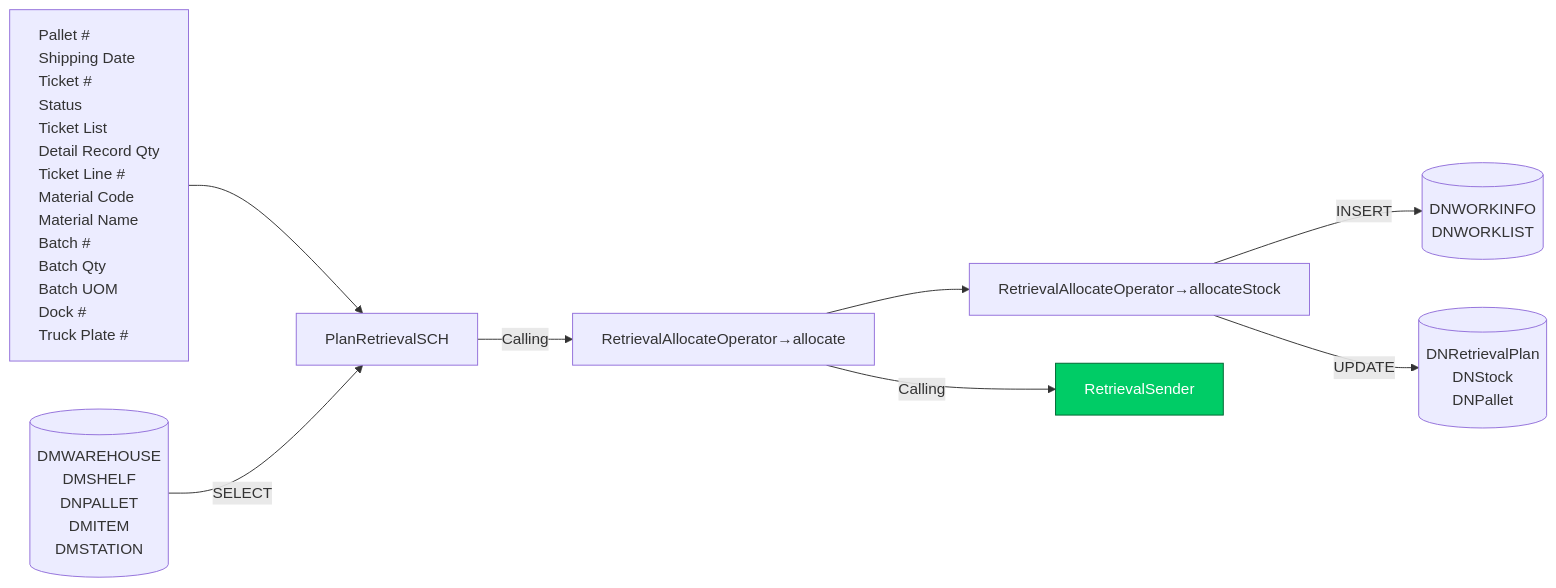
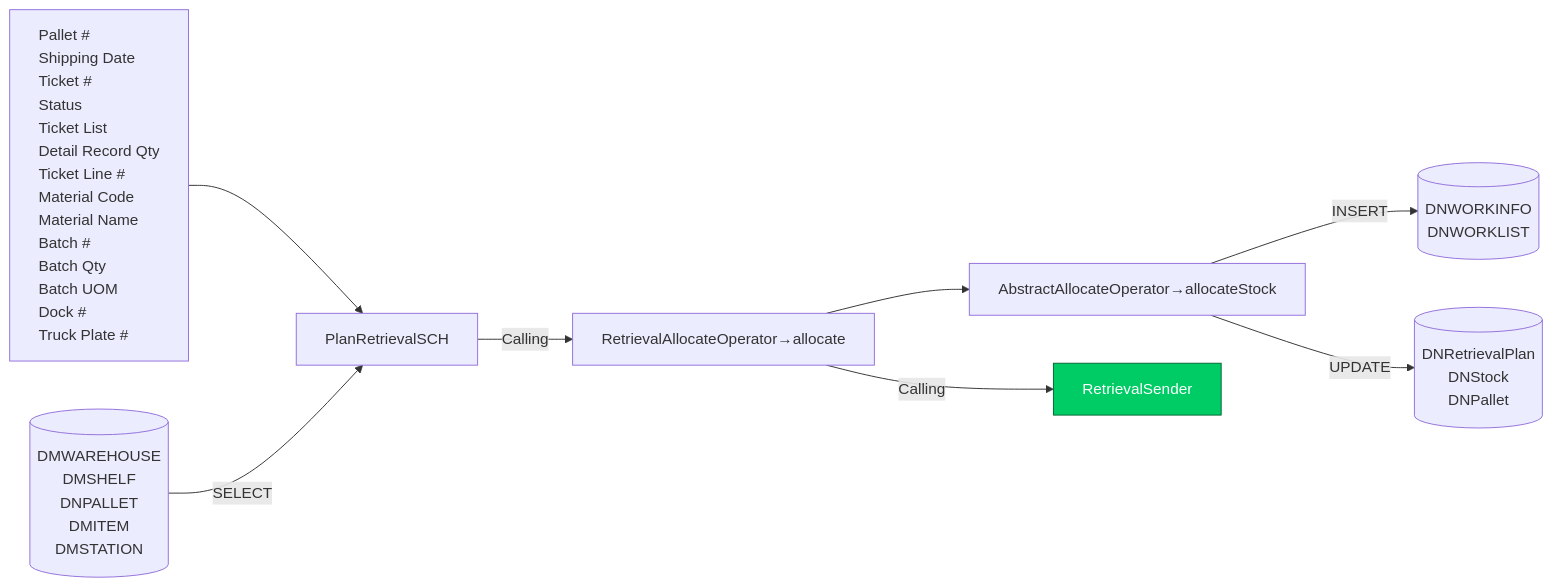
The third of 11 diagrams in Basic-Design/DFD-WMS/Retrieval/Planned-Retrieval-to-HP-Area.md (luthfiadityaa/SimeDarby-Wiki), drawn with Mermaid before and after one commit.

Commit message:
Updated Planned Retrieval to HP Area

```diff
--- a/Basic-Design/DFD-WMS/Retrieval/Planned-Retrieval-to-HP-Area.md
+++ b/Basic-Design/DFD-WMS/Retrieval/Planned-Retrieval-to-HP-Area.md
@@ -116,52 +116,52 @@
 ::: mermaid
 flowchart LR
     input[
         Pallet #
         Shipping Date
         Ticket #
         Status
         Ticket List
         Detail Record Qty
         Ticket Line #
         Material Code
         Material Name
         Batch #
         Batch Qty
         Batch UOM
         Dock #
         Truck Plate #    
     ]
 
     tableList-insert[("
         DNWORKINFO
         DNWORKLIST
     ")]
 
     tableList-update[("
         DNRetrievalPlan
         DNStock
         DNPallet
     ")]
 
      tableList-select[("
         DMWAREHOUSE
         DMSHELF
         DNPALLET
         DMITEM
         DMSTATION
     ")]
 
     className[PlanRetrievalSCH]
     className--> |Calling| methodName[RetrievalAllocateOperator→allocate] 
-    methodName-->methodName2[RetrievalAllocateOperator→allocateStock]--> |INSERT| tableList-insert
+    methodName-->methodName2[AbstractAllocateOperator→allocateStock]--> |INSERT| tableList-insert
     input --> className
     tableList-select --> |SELECT| className
     methodName--> |Calling| P1[RetrievalSender]
     methodName2--> |UPDATE| tableList-update
 
     click P1 "https://dev.azure.com/Daifuku-SW/ID_SimeDarbyPlantation/_wiki/wikis/ID_SimeDarbyPlantation.wiki/956/Stacked-Empty-Pallet?anchor=retrieval-sender" "Go to Retrieval Retrieval Sender"
     style P1 fill:#00cc66,stroke:#006633,color:#ffffff
 
     classDef leftAlign text-align:left;
     class input leftAlign;
 :::
```
